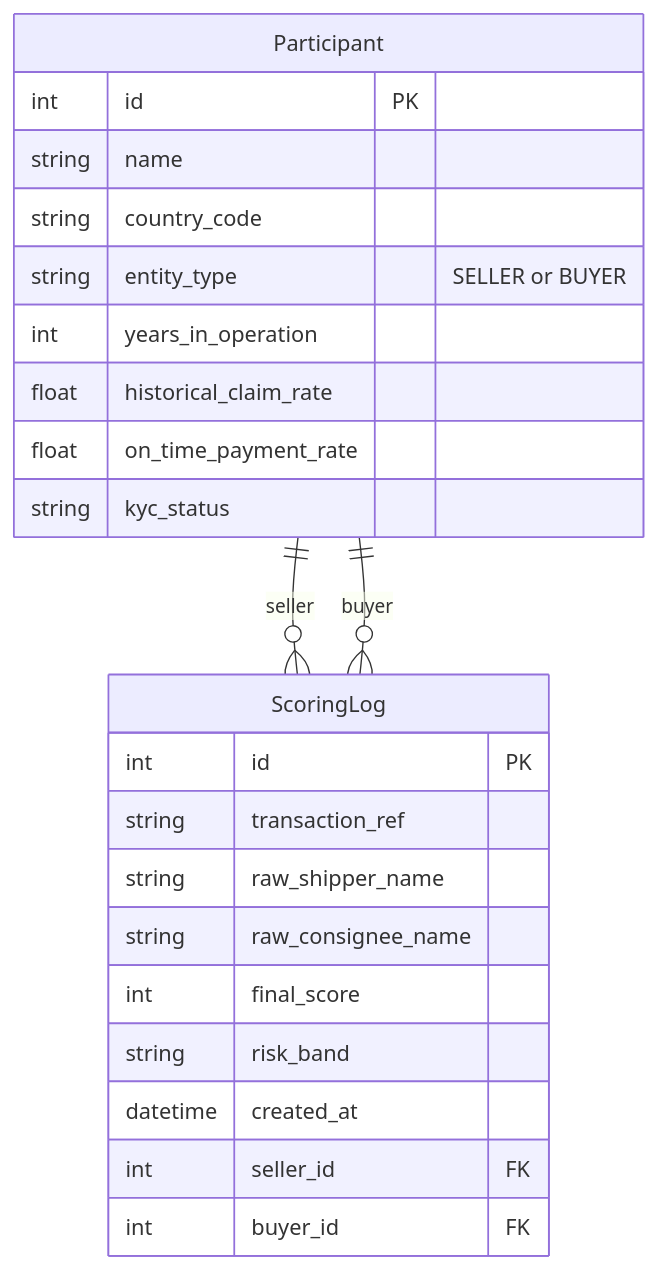
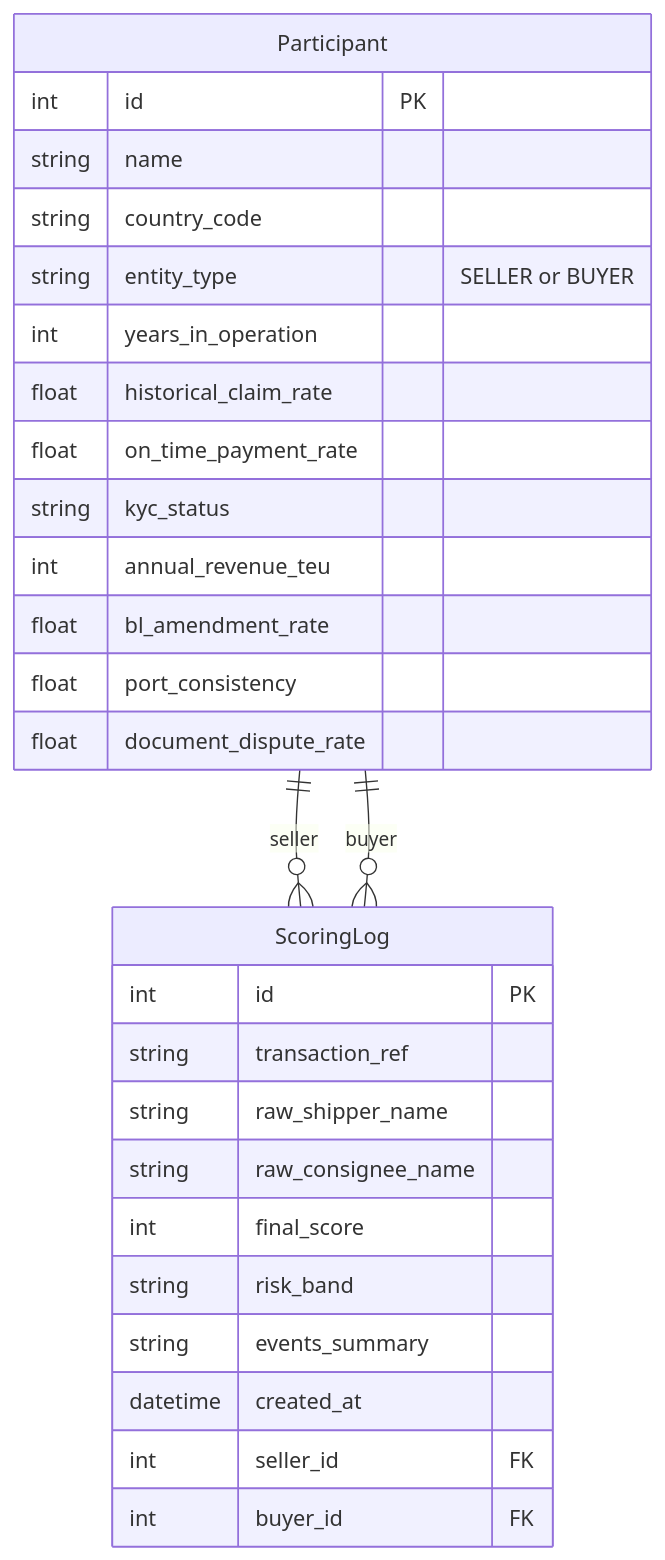
Before and after one commit to patriya-piyawiroj/willitship: the diagram in risk/README.md, drawn with Mermaid. The commit also changed other lines of this file and 5 other files, not shown here.

````diff
--- a/risk/README.md
+++ b/risk/README.md
@@ -19,28 +159,33 @@
 ```mermaid
 erDiagram
     Participant {
         int id PK
         string name
         string country_code
         string entity_type "SELLER or BUYER"
         int years_in_operation
         float historical_claim_rate
         float on_time_payment_rate
         string kyc_status
+        int annual_revenue_teu
+        float bl_amendment_rate
+        float port_consistency
+        float document_dispute_rate
     }
 
     ScoringLog {
         int id PK
         string transaction_ref
         string raw_shipper_name
         string raw_consignee_name
         int final_score
         string risk_band
+        string events_summary
         datetime created_at
         int seller_id FK
         int buyer_id FK
     }
 
     Participant ||--o{ ScoringLog : "seller"
     Participant ||--o{ ScoringLog : "buyer"
 ```
````
